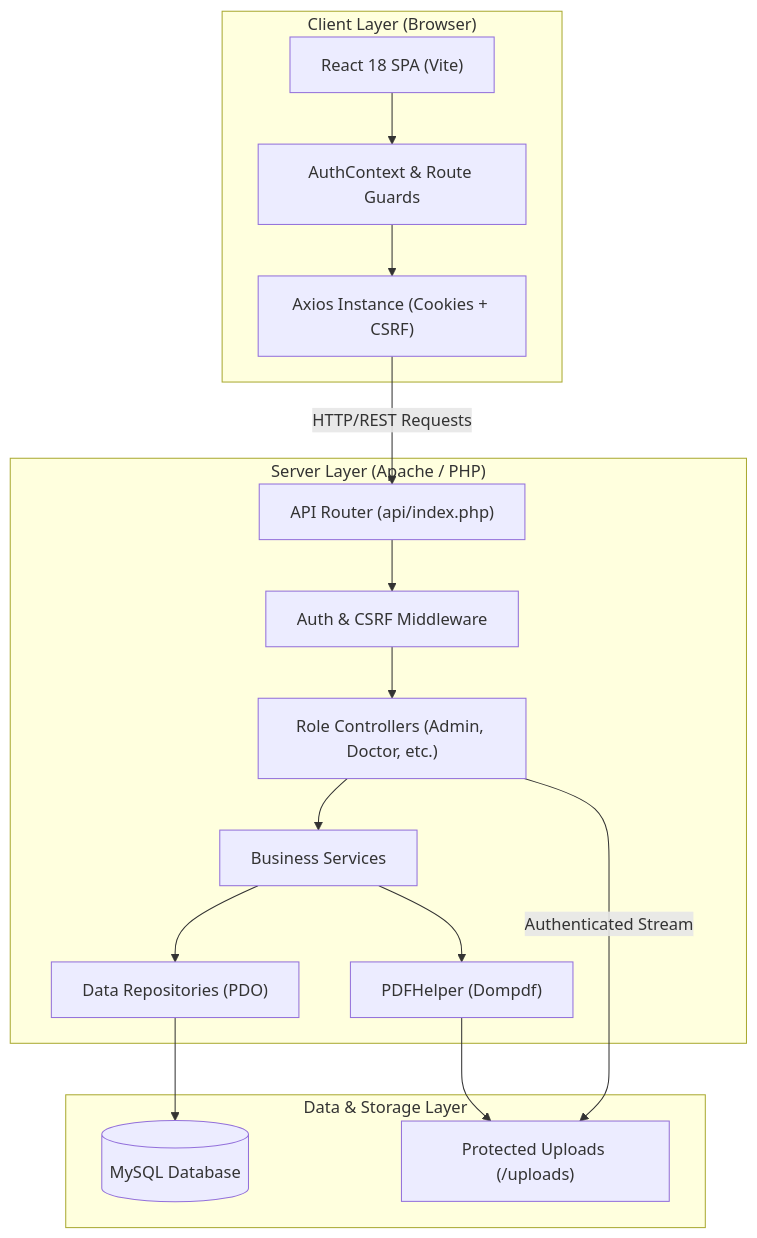
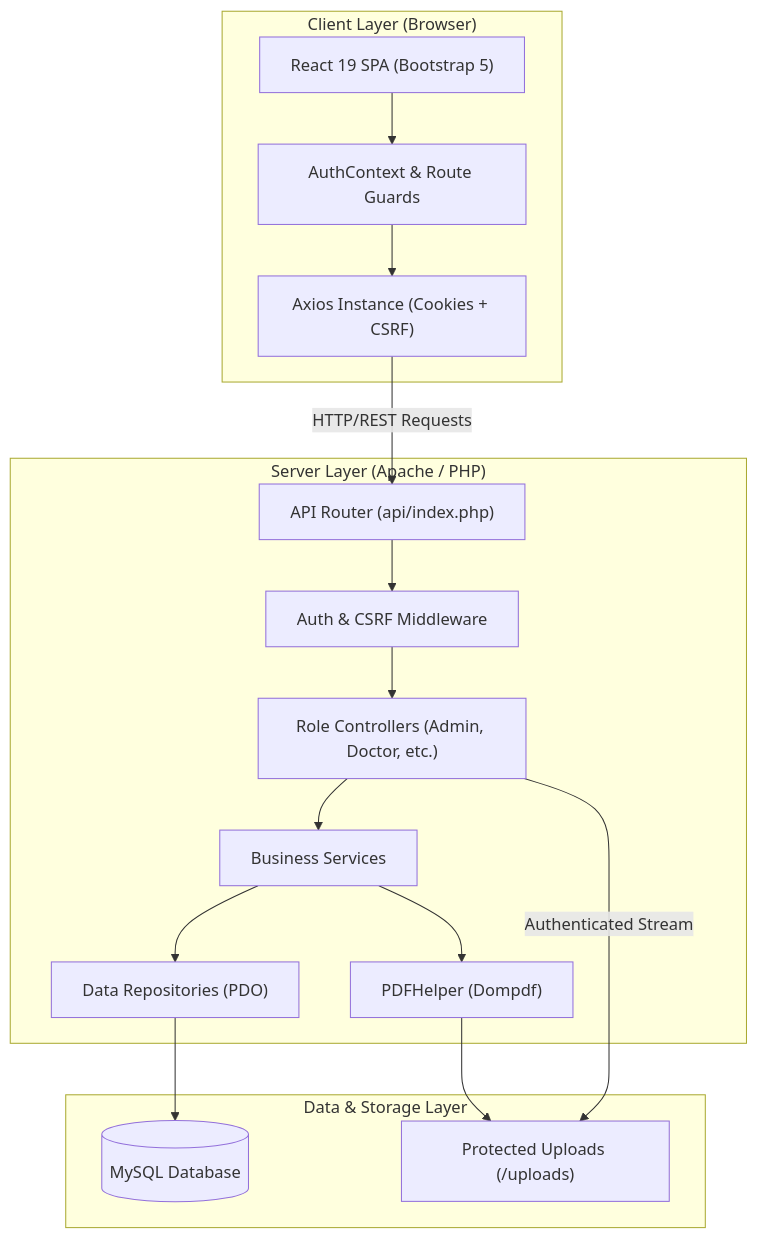
The diagram in README.md (rubanthanu/medsync), drawn with Mermaid before and after one commit. The commit also changed other lines of this file, not shown here.

Commit message:
docs: update tech stack to Bootstrap 5.3, Bootstrap Icons, and React 19

````diff
--- a/README.md
+++ b/README.md
@@ -38,30 +39,30 @@
 ```mermaid
 flowchart TD
     subgraph Client ["Client Layer (Browser)"]
-        UI["React 18 SPA (Vite)"]
+        UI["React 19 SPA (Bootstrap 5)"]
         AUTH["AuthContext & Route Guards"]
         AXIOS["Axios Instance (Cookies + CSRF)"]
     end
 
     subgraph Server ["Server Layer (Apache / PHP)"]
         ROUTER["API Router (api/index.php)"]
         MIDDLEWARE["Auth & CSRF Middleware"]
         CONTROLLER["Role Controllers (Admin, Doctor, etc.)"]
         SERVICE["Business Services"]
         REPO["Data Repositories (PDO)"]
         PDF["PDFHelper (Dompdf)"]
     end
 
     subgraph Data ["Data & Storage Layer"]
         DB[("MySQL Database")]
         UPLOADS["Protected Uploads (/uploads)"]
     end
 
     UI --> AUTH --> AXIOS
     AXIOS -->|HTTP/REST Requests| ROUTER
     ROUTER --> MIDDLEWARE --> CONTROLLER
     CONTROLLER --> SERVICE
     SERVICE --> REPO --> DB
     SERVICE --> PDF --> UPLOADS
     CONTROLLER -->|Authenticated Stream| UPLOADS
 ```
````
